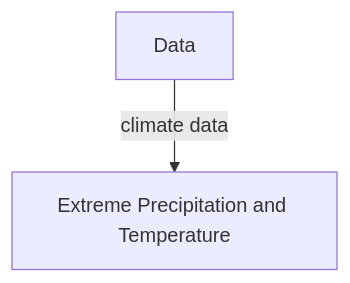
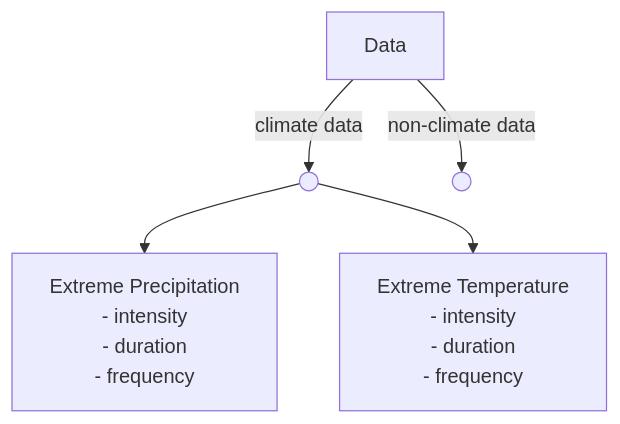
One commit to datakruroo/datakruroo.github.io changed the second of 8 diagrams in UNICEF/Presentation/presentation_unicef.qmd. Above: the diagram before and after it, drawn with Mermaid. The commit also changed other lines of this file and 160 other files, not shown here.

````diff
--- a/UNICEF/Presentation/presentation_unicef.qmd
+++ b/UNICEF/Presentation/presentation_unicef.qmd
@@ -97,4 +97,14 @@
 ```{mermaid}
 flowchart TD
-A[Data]--climate data-->B[Extreme Precipitation and Temperature]
+A[Data]--climate data-->B((" "))
+B((" "))-->C["Extreme Precipitation
+             - intensity
+             - duration
+             - frequency"]
+B((" "))-->D["Extreme Temperature
+             - intensity
+             - duration
+             - frequency"]
+A[Data]--non-climate data-->E((" "))
+
 ```
````
